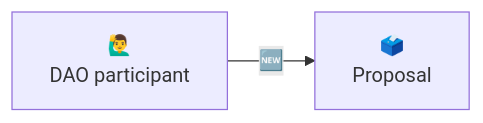
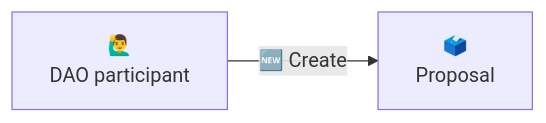
Before and after one commit to supadupadao/skipper: the first of 3 diagrams in docs/README.md, drawn with Mermaid. The commit also changed other lines of this file and 11 other files, not shown here.

`````diff
--- a/docs/README.md
+++ b/docs/README.md
@@ -42,8 +28,6 @@
 ```mermaid
 flowchart LR
-   proposal_author[🙋‍♂️<br/>DAO participant]
-
+   author[🙋‍♂️<br/>DAO participant]
    proposal[🗳️<br/>Proposal]
-
-   proposal_author --🆕--> proposal
-```
+   author -- 🆕 Create --> proposal
+````
`````
